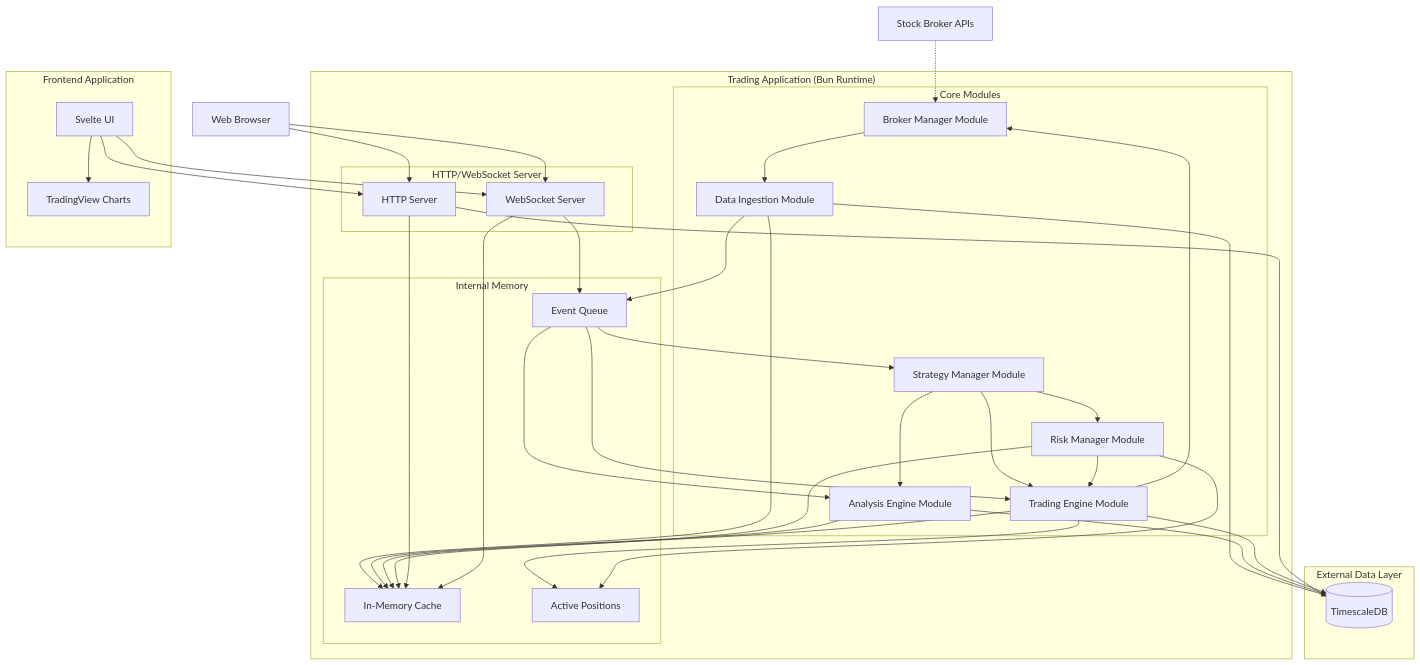
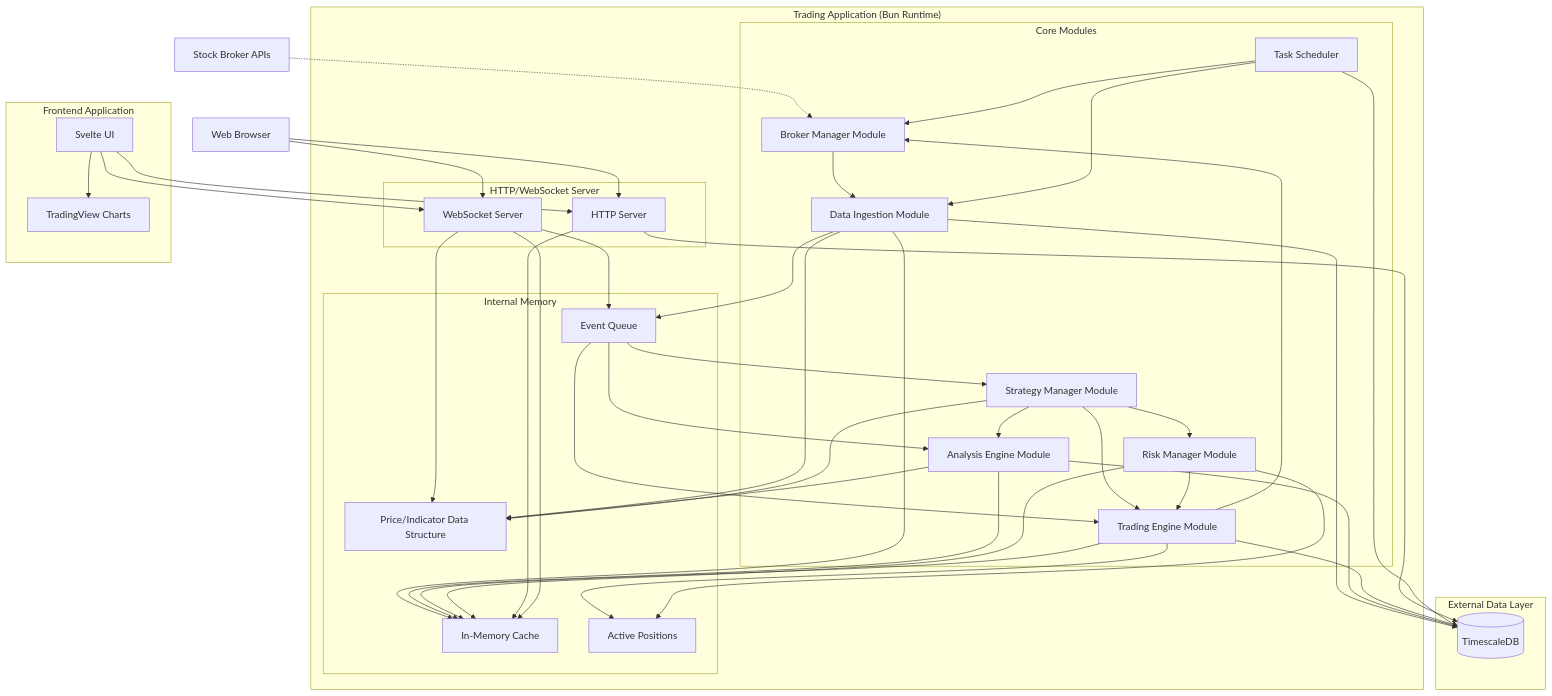
The diagram in docs/technical-architecture.md (mr0a/botttt), drawn with Mermaid before and after one commit. The commit also changed other lines of this file, not shown here.

Commit message:
feat: v1.1 architecture - bun runtime changes

```diff
--- a/docs/technical-architecture.md
+++ b/docs/technical-architecture.md
@@ -59,12 +67,14 @@
             SM[Strategy Manager Module]
             RM[Risk Manager Module]
             BM[Broker Manager Module]
+            SCHEDULER[Task Scheduler]
         end
         
         subgraph "Internal Memory"
             CACHE[In-Memory Cache]
             QUEUE[Event Queue]
             POSITIONS[Active Positions]
+            DATA_STRUCT[Price/Indicator Data Structure]
         end
     end
     
@@ -88,6 +98,7 @@
     DI --> CACHE
     DI --> QUEUE
     DI --> TSDB
+    DI --> DATA_STRUCT
     
     QUEUE --> AE
     QUEUE --> TE
@@ -95,6 +106,7 @@
     
     AE --> CACHE
     AE --> TSDB
+    AE --> DATA_STRUCT
     
     TE --> CACHE
     TE --> POSITIONS
@@ -104,6 +116,7 @@
     SM --> AE
     SM --> TE
     SM --> RM
+    SM --> DATA_STRUCT
     
     RM --> TE
     RM --> CACHE
@@ -113,6 +126,11 @@
     HTTP --> TSDB
     WS --> CACHE
     WS --> QUEUE
+    WS --> DATA_STRUCT
+    
+    SCHEDULER --> BM
+    SCHEDULER --> DI
+    SCHEDULER --> TSDB
     
     UI --> HTTP
     UI --> WS
```
